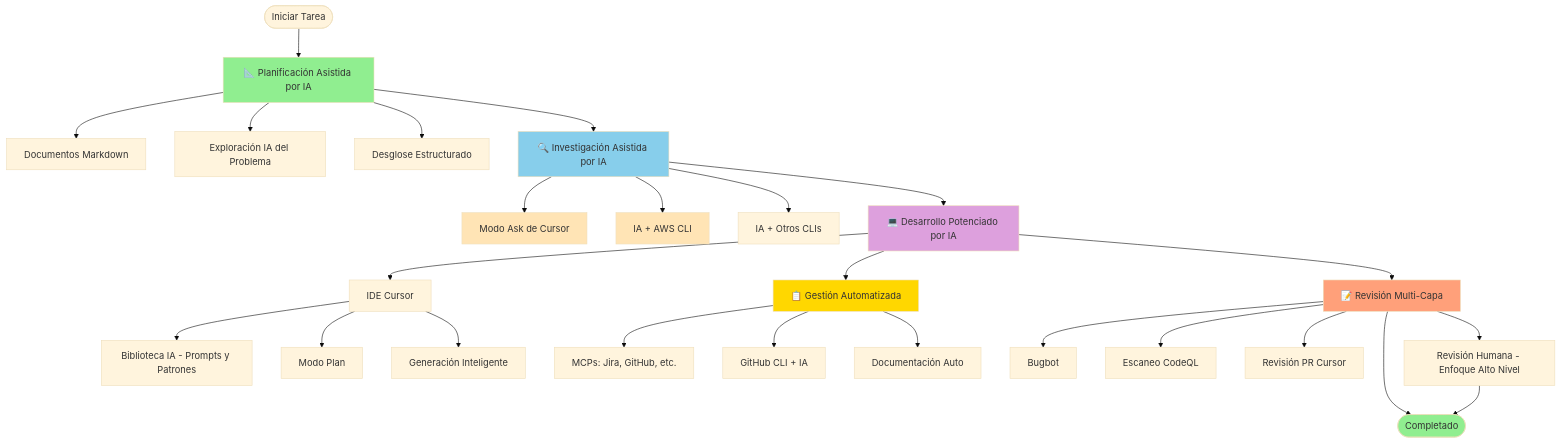
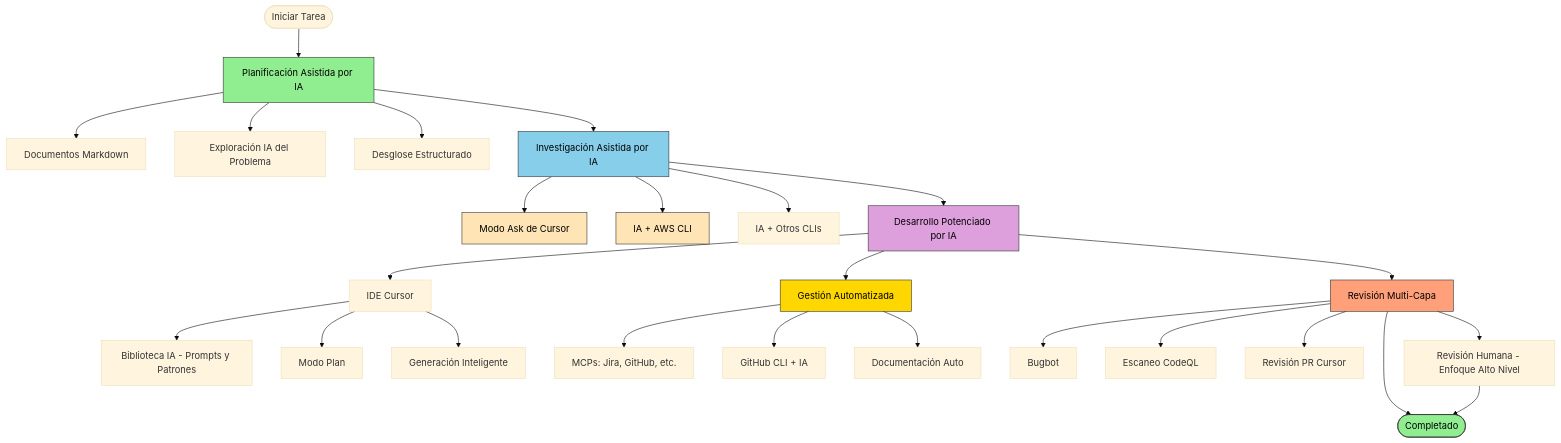
The second of 3 diagrams in content/posts/devops-workflow-evolution/index.es.md (carim07/carim-web), drawn with Mermaid (base theme) before and after one commit. The commit also changed other lines of this file and 1 other file, not shown here.

Commit message:
Update AI Spanish post and fix diagrams

```diff
--- a/content/posts/devops-workflow-evolution/index.es.md
+++ b/content/posts/devops-workflow-evolution/index.es.md
@@ -101,41 +155,41 @@
 {{< mermaid >}}
 flowchart TD
-    Start([Iniciar Tarea]) --> Plan["📐 Planificación Asistida por IA"]
+    Start([Iniciar Tarea]) --> Plan["Planificación Asistida por IA"]
     Plan --> Markdown[Documentos Markdown]
     Plan --> AIExplore[Exploración IA del Problema]
     Plan --> StructuredPlan[Desglose Estructurado]
     
-    Plan --> Investigate["🔍 Investigación Asistida por IA"]
+    Plan --> Investigate["Investigación Asistida por IA"]
     Investigate --> CursorAsk[Modo Ask de Cursor]
     Investigate --> AWSCLI["IA + AWS CLI"]
     Investigate --> OtherCLIs["IA + Otros CLIs"]
     
-    Investigate --> Develop["💻 Desarrollo Potenciado por IA"]
+    Investigate --> Develop["Desarrollo Potenciado por IA"]
     Develop --> Cursor[IDE Cursor]
     Cursor --> AILibrary["Biblioteca IA - Prompts y Patrones"]
     Cursor --> PlanMode[Modo Plan]
     Cursor --> CodeGen[Generación Inteligente]
     
-    Develop --> Tasks["📋 Gestión Automatizada"]
+    Develop --> Tasks["Gestión Automatizada"]
     Tasks --> MCPs["MCPs: Jira, GitHub, etc."]
     Tasks --> GHCLI["GitHub CLI + IA"]
     Tasks --> AutoDocs[Documentación Auto]
     
-    Develop --> Review["📝 Revisión Multi-Capa"]
+    Develop --> Review["Revisión Multi-Capa"]
     Review --> Bugbot[Bugbot]
     Review --> CodeQL[Escaneo CodeQL]
     Review --> CursorReview[Revisión PR Cursor]
     Review --> HumanReview["Revisión Humana - Enfoque Alto Nivel"]
     
     Review --> Done([Completado])
     HumanReview --> Done
     
-    style Plan fill:#90EE90
-    style Investigate fill:#87CEEB
-    style Develop fill:#DDA0DD
-    style Tasks fill:#FFD700
-    style Review fill:#FFA07A
-    style Done fill:#90EE90
-    style CursorAsk fill:#FFE4B5
-    style AWSCLI fill:#FFE4B5
+    style Plan fill:#90EE90,stroke:#333,color:#000
+    style Investigate fill:#87CEEB,stroke:#333,color:#000
+    style Develop fill:#DDA0DD,stroke:#333,color:#000
+    style Tasks fill:#FFD700,stroke:#333,color:#000
+    style Review fill:#FFA07A,stroke:#333,color:#000
+    style Done fill:#90EE90,stroke:#333,color:#000
+    style CursorAsk fill:#FFE4B5,stroke:#333,color:#000
+    style AWSCLI fill:#FFE4B5,stroke:#333,color:#000
 {{< /mermaid >}}
```
